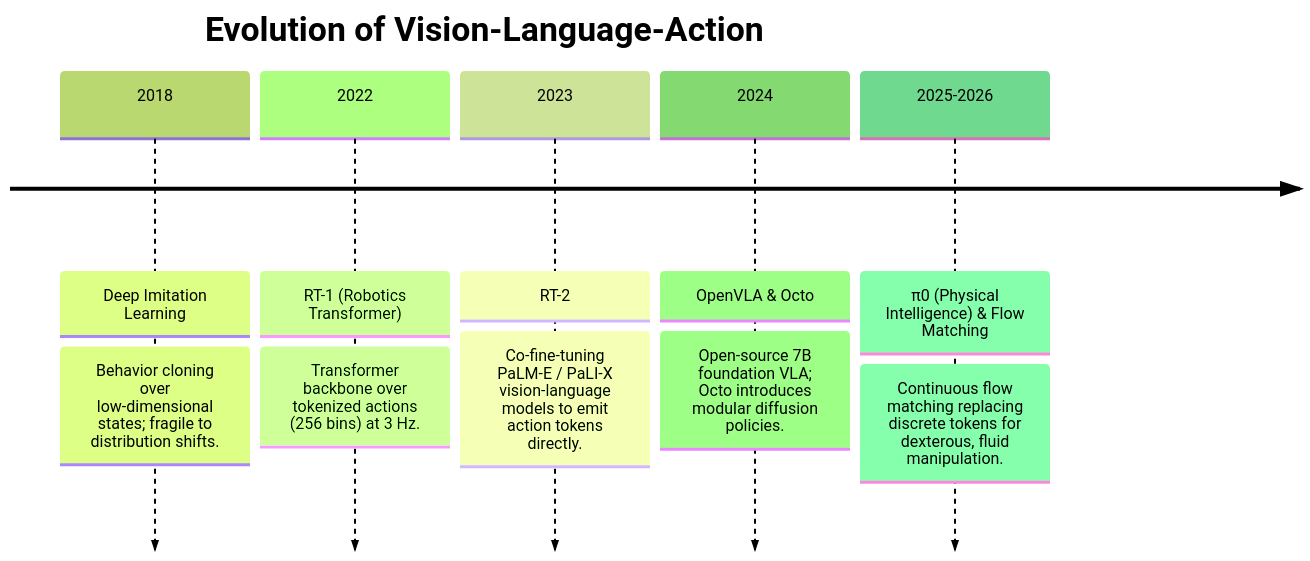
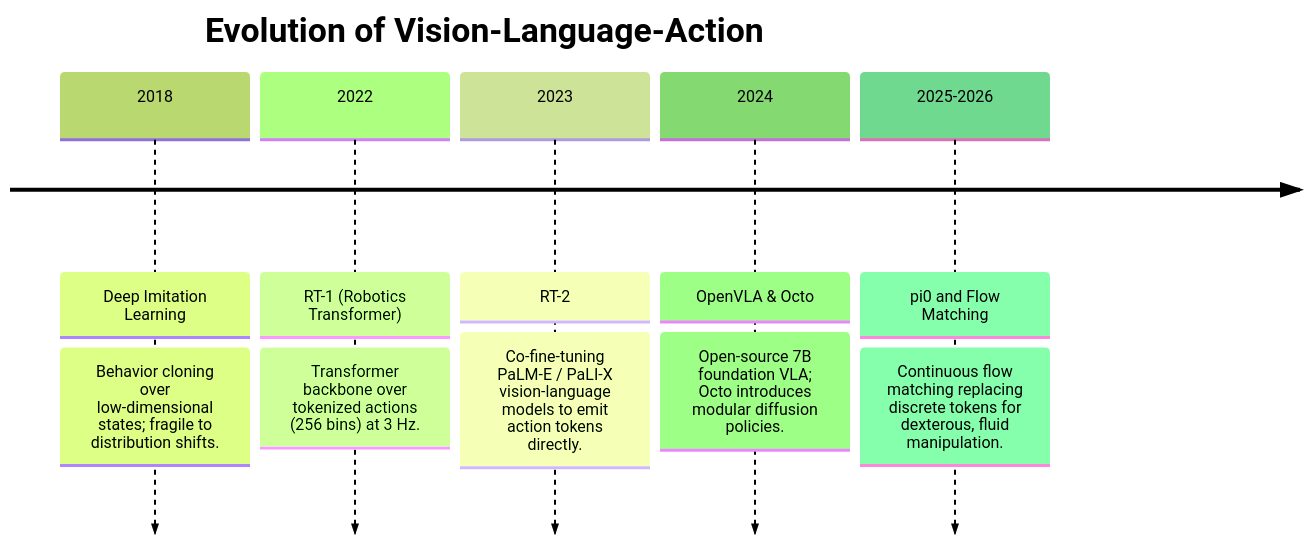
One commit to sergiomh499/cv-projects changed the diagram in topics/vla-and-physical-ai-robotics/01-historical-evolution-and-paradigms.md. Above: the diagram before and after it, drawn with Mermaid (forest theme). The commit also changed other lines of this file and 51 other files, not shown here.

````diff
--- a/topics/vla-and-physical-ai-robotics/01-historical-evolution-and-paradigms.md
+++ b/topics/vla-and-physical-ai-robotics/01-historical-evolution-and-paradigms.md
@@ -28,10 +28,9 @@
 ```mermaid
 timeline
     title Evolution of Vision-Language-Action
     2018 : Deep Imitation Learning : Behavior cloning over low-dimensional states; fragile to distribution shifts.
     2022 : RT-1 (Robotics Transformer) : Transformer backbone over tokenized actions (256 bins) at 3 Hz.
     2023 : RT-2 : Co-fine-tuning PaLM-E / PaLI-X vision-language models to emit action tokens directly.
     2024 : OpenVLA & Octo : Open-source 7B foundation VLA; Octo introduces modular diffusion policies.
-    2025-2026 : π0 (Physical Intelligence) & Flow Matching : Continuous flow matching replacing discrete tokens for dexterous, fluid manipulation.
-
+    2025-2026 : pi0 and Flow Matching : Continuous flow matching replacing discrete tokens for dexterous, fluid manipulation.
 ```
````
